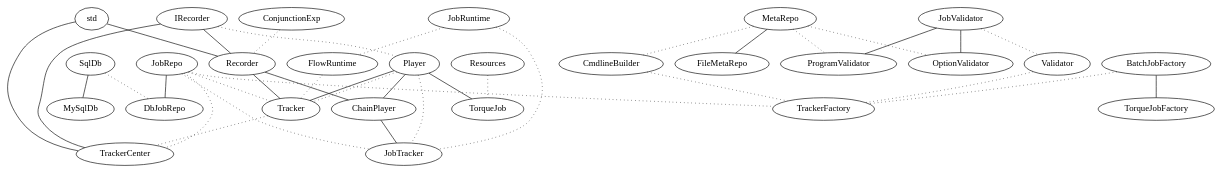
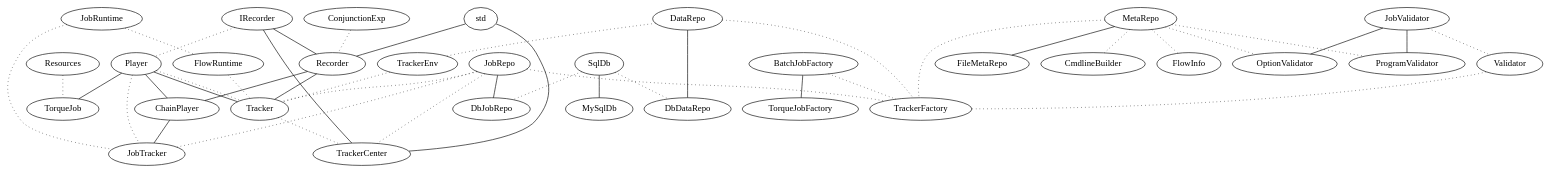
Before and after one commit to tumluliu/hengii: the diagram in doc/dot.dot, drawn with Graphviz. The commit also changed 3 other files, not shown here.

```diff
--- a/doc/dot.dot
+++ b/doc/dot.dot
@@ -1,39 +1,45 @@
 graph G {
 	Player -- ChainPlayer;
 	Recorder -- ChainPlayer;
+	DataRepo -- DbDataRepo;
 	JobRepo -- DbJobRepo;
 	MetaRepo -- FileMetaRepo;
 	ChainPlayer -- JobTracker;
 	SqlDb -- MySqlDb;
 	JobValidator -- OptionValidator;
 	JobValidator -- ProgramValidator;
 	IRecorder -- Recorder;
 	std -- Recorder;
 	Player -- TorqueJob;
 	BatchJobFactory -- TorqueJobFactory;
 	Recorder -- Tracker;
 	Player -- Tracker;
 	IRecorder -- TrackerCenter;
 	std -- TrackerCenter;
-	JobRepo -- TrackerFactory [style=dotted];
+	Resources -- TorqueJob [style=dotted];
+	JobRuntime -- JobTracker [style=dotted];
+	SqlDb -- DbDataRepo [style=dotted];
+	DataRepo -- TrackerFactory [style=dotted];
 	FlowRuntime -- Tracker [style=dotted];
 	MetaRepo -- ProgramValidator [style=dotted];
 	JobRuntime -- FlowRuntime [style=dotted];
-	CmdlineBuilder -- TrackerFactory [style=dotted];
-	BatchJobFactory -- TrackerFactory [style=dotted];
-	Player -- Tracker [style=dotted];
-	JobRuntime -- JobTracker [style=dotted];
-	MetaRepo -- CmdlineBuilder [style=dotted];
+	Player -- JobTracker [style=dotted];
 	JobValidator -- Validator [style=dotted];
+	JobRepo -- TrackerFactory [style=dotted];
+	DataRepo -- TrackerEnv [style=dotted];
+	TrackerEnv -- Tracker [style=dotted];
+	MetaRepo -- OptionValidator [style=dotted];
+	SqlDb -- DbJobRepo [style=dotted];
+	Validator -- TrackerFactory [style=dotted];
 	JobRepo -- TrackerCenter [style=dotted];
 	ConjunctionExp -- Recorder [style=dotted];
-	Player -- JobTracker [style=dotted];
-	Validator -- TrackerFactory [style=dotted];
+	JobRepo -- JobTracker [style=dotted];
+	MetaRepo -- CmdlineBuilder [style=dotted];
+	BatchJobFactory -- TrackerFactory [style=dotted];
 	JobRepo -- Tracker [style=dotted];
-	MetaRepo -- OptionValidator [style=dotted];
+	Player -- Tracker [style=dotted];
 	IRecorder -- Player [style=dotted];
-	SqlDb -- DbJobRepo [style=dotted];
+	MetaRepo -- FlowInfo [style=dotted];
+	MetaRepo -- TrackerFactory [style=dotted];
 	Tracker -- TrackerCenter [style=dotted];
-	Resources -- TorqueJob [style=dotted];
-	JobRepo -- JobTracker [style=dotted];
 }
```
